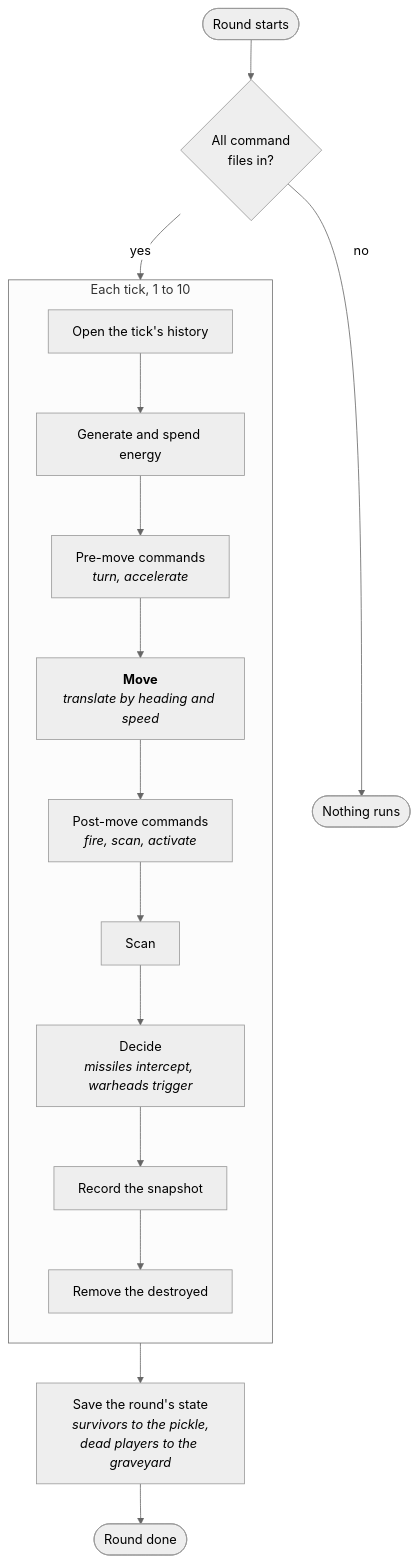
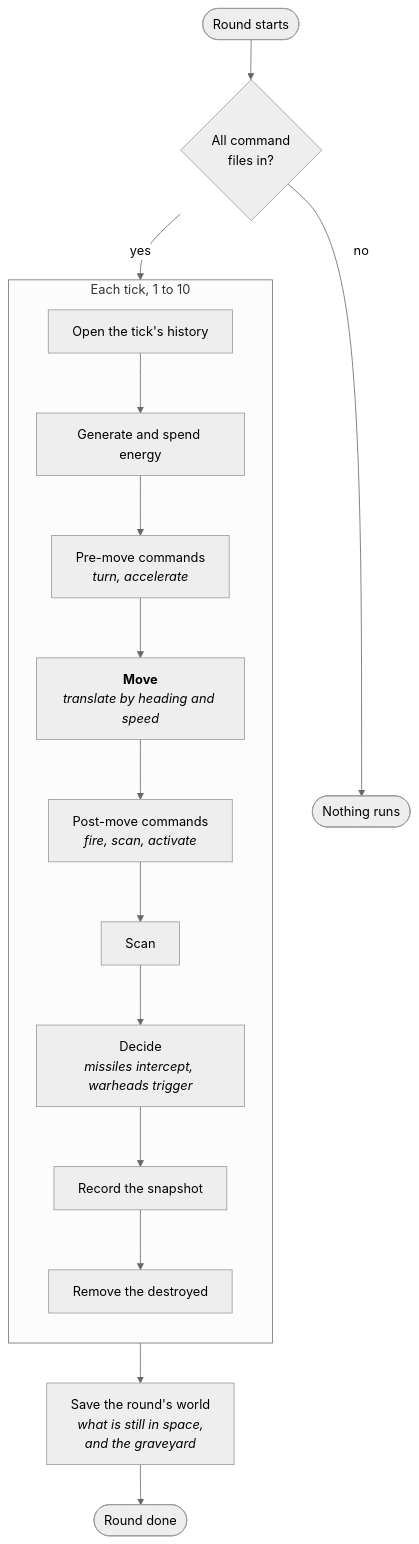
Before and after one commit to sbeaumont/starship-arena: the second of 2 diagrams in docs/architecture.md, drawn with Mermaid (neutral theme). The commit also changed 30 other files, not shown here.

````diff
--- a/docs/architecture.md
+++ b/docs/architecture.md
@@ -108,21 +108,21 @@
 ```mermaid
 flowchart TD
     Start([Round starts]) --> Check{"All command<br/>files in?"}
     Check -->|no| Stop([Nothing runs])
     Check -->|yes| Tick
 
     subgraph Tick ["Each tick, 1 to 10"]
         direction TB
         H["Open the tick's history"] --> E["Generate and spend energy"]
         E --> PreCmd["Pre-move commands<br/><i>turn, accelerate</i>"]
         PreCmd --> Move["<b>Move</b><br/><i>translate by heading and speed</i>"]
         Move --> PostCmd["Post-move commands<br/><i>fire, scan, activate</i>"]
         PostCmd --> Scan["Scan"]
         Scan --> Decide["Decide<br/><i>missiles intercept, warheads trigger</i>"]
         Decide --> Snap["Record the snapshot"]
         Snap --> Reap["Remove the destroyed"]
     end
 
-    Tick --> Save["Save the round's state<br/><i>survivors to the pickle,<br/>dead players to the graveyard</i>"]
+    Tick --> Save["Save the round's world<br/><i>what is still in space,<br/>and the graveyard</i>"]
     Save --> Done([Round done])
 ```
````
